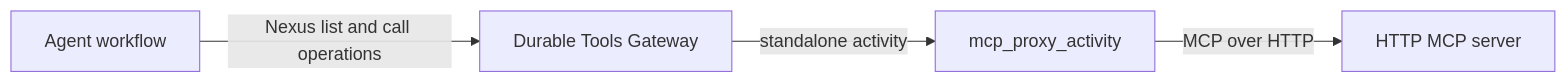
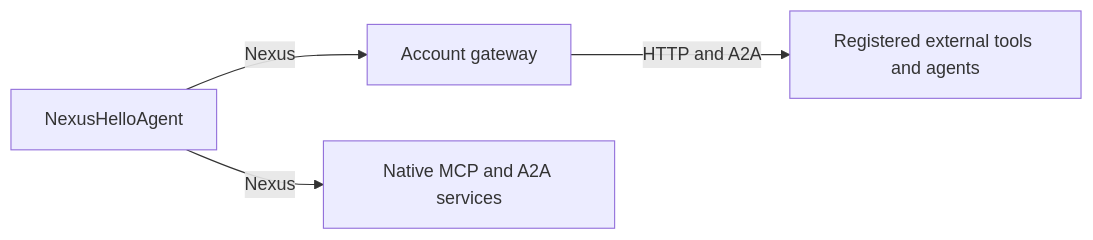
Before and after one commit to temporal-community/temporal-agent-harness: the fourth of 8 diagrams in examples/nexus_hello/README.md, drawn with Mermaid. The commit also changed other lines of this file and 5 other files, not shown here.

Commit message:
Showcase brokered account UI in Nexus Hello

````diff
--- a/examples/nexus_hello/README.md
+++ b/examples/nexus_hello/README.md
@@ -141,11 +125,7 @@
 ```mermaid
 flowchart LR
-    agent[Agent workflow]
-    gateway[Durable Tools Gateway]
-    activity[mcp_proxy_activity]
-    server[HTTP MCP server]
-
-    agent -->|Nexus list and call operations| gateway
-    gateway -->|standalone activity| activity
-    activity -->|MCP over HTTP| server
+    Agent[NexusHelloAgent]
+    Agent -->|Nexus| Gateway[Account gateway]
+    Gateway -->|HTTP and A2A| External[Registered external tools and agents]
+    Agent -->|Nexus| Native[Native MCP and A2A services]
 ```
````
